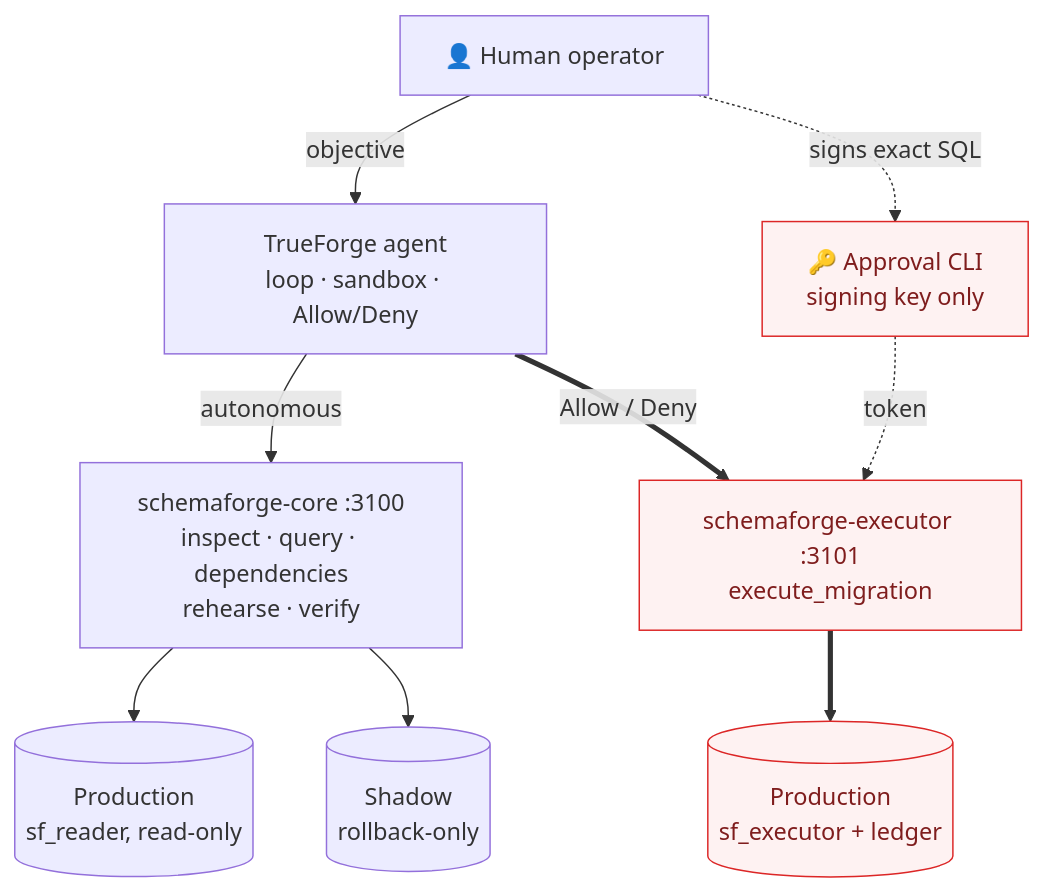
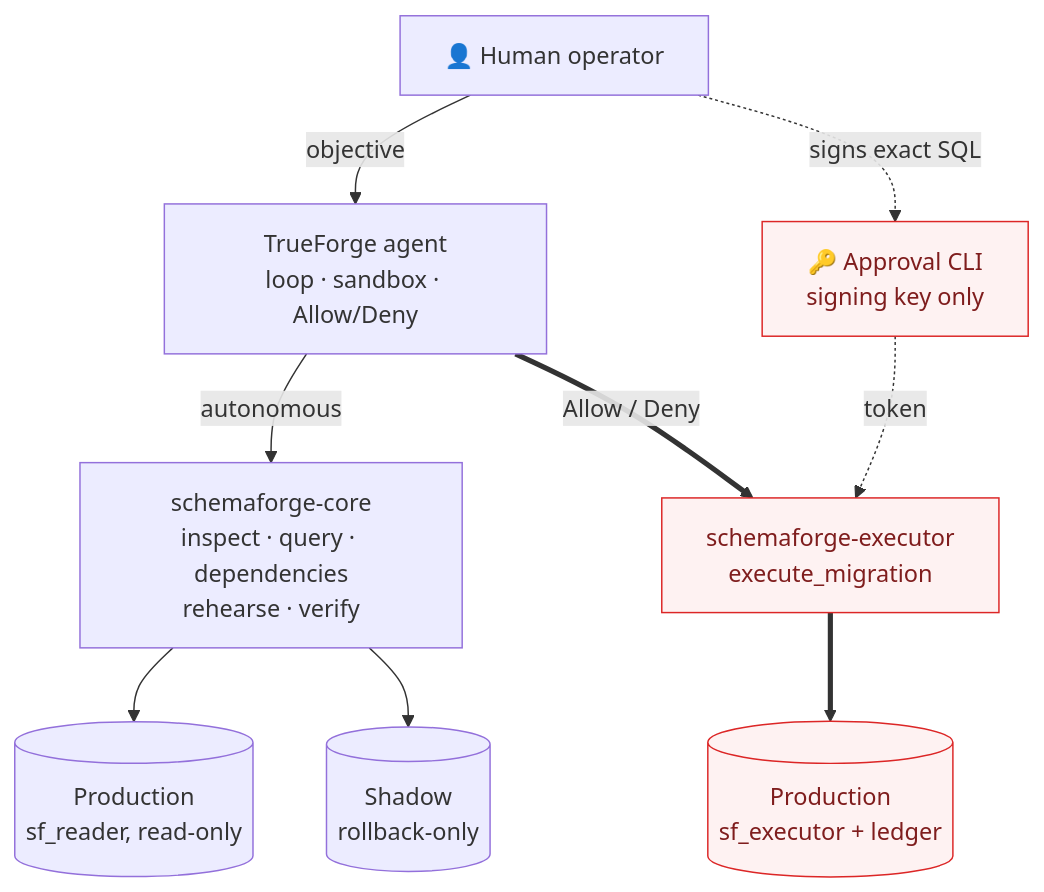
Before and after one commit to harshaxyZ/schemaforge: the fourth of 7 diagrams in README.md, drawn with Mermaid. The commit also changed other lines of this file and 20 other files, not shown here.

````diff
--- a/README.md
+++ b/README.md
@@ -285,23 +329,23 @@
 ```mermaid
 flowchart TB
     human["👤 Human operator"]
     cli["🔑 Approval CLI<br/>signing key only"]
     forge["TrueForge agent<br/>loop · sandbox · Allow/Deny"]
-    core["schemaforge-core :3100<br/>inspect · query · dependencies<br/>rehearse · verify"]
-    exec["schemaforge-executor :3101<br/>execute_migration"]
+    core["schemaforge-core<br/>inspect · query · dependencies<br/>rehearse · verify"]
+    exec["schemaforge-executor<br/>execute_migration"]
     prodro[("Production<br/>sf_reader, read-only")]
     shadow[("Shadow<br/>rollback-only")]
     prodrw[("Production<br/>sf_executor + ledger")]
 
     human -->|objective| forge
     human -. signs exact SQL .-> cli
     forge -->|autonomous| core
     forge ==>|Allow / Deny| exec
     cli -. token .-> exec
     core --> prodro
     core --> shadow
     exec ==> prodrw
 
     classDef danger fill:#fef2f2,stroke:#dc2626,color:#7f1d1d
     class cli,exec,prodrw danger
 ```
````
